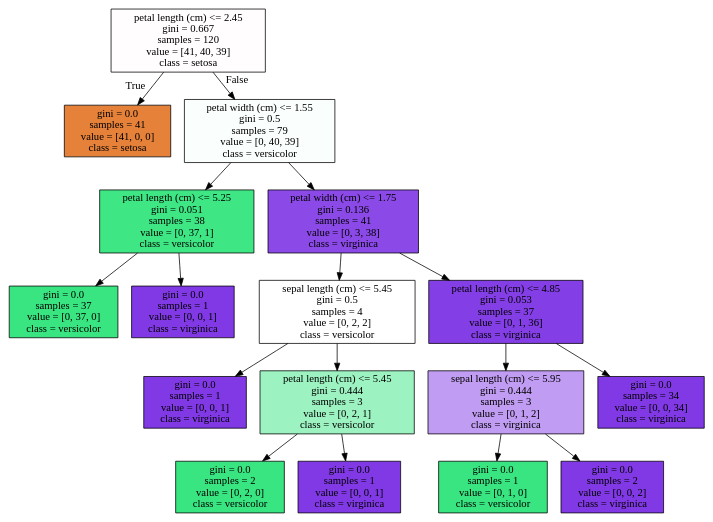
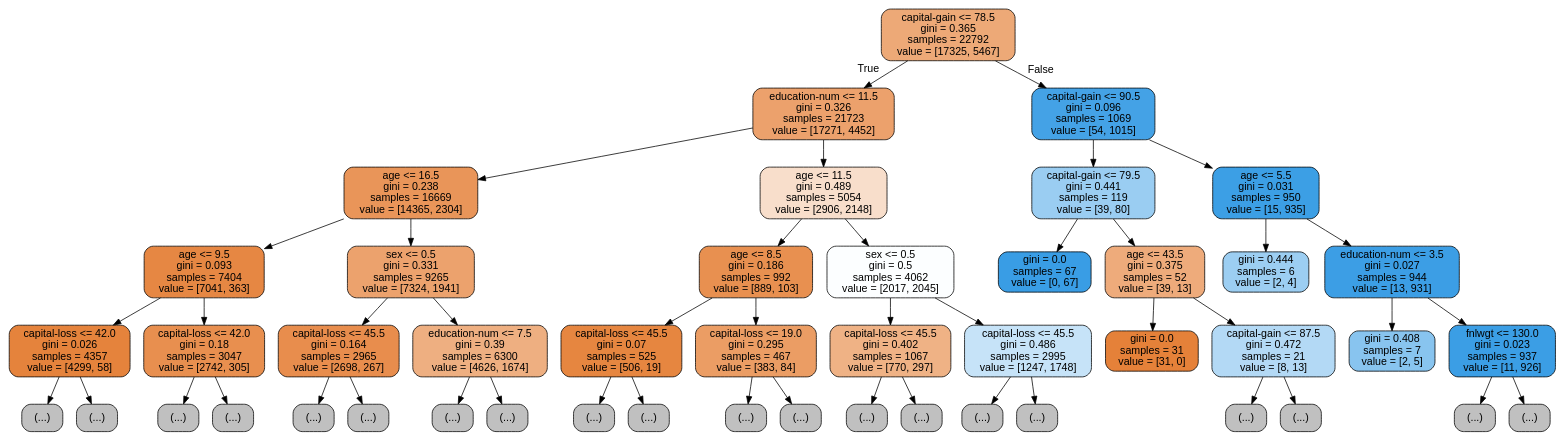
The diagram in tree.dot (jangbigom91/ML), drawn with Graphviz before and after one commit. The commit also changed 12 other files, not shown here.

```diff
--- a/tree.dot
+++ b/tree.dot
@@ -1,36 +1,97 @@
 digraph Tree {
-node [shape=box, style="filled", color="black"] ;
-0 [label="petal length (cm) <= 2.45\ngini = 0.667\nsamples = 120\nvalue = [41, 40, 39]\nclass = setosa", fillcolor="#fffdfd"] ;
-1 [label="gini = 0.0\nsamples = 41\nvalue = [41, 0, 0]\nclass = setosa", fillcolor="#e58139"] ;
+node [shape=box, style="filled, rounded", color="black", fontname=helvetica] ;
+edge [fontname=helvetica] ;
+0 [label="capital-gain <= 78.5\ngini = 0.365\nsamples = 22792\nvalue = [17325, 5467]", fillcolor="#eda977"] ;
+1 [label="education-num <= 11.5\ngini = 0.326\nsamples = 21723\nvalue = [17271, 4452]", fillcolor="#eca16c"] ;
 0 -> 1 [labeldistance=2.5, labelangle=45, headlabel="True"] ;
-2 [label="petal width (cm) <= 1.55\ngini = 0.5\nsamples = 79\nvalue = [0, 40, 39]\nclass = versicolor", fillcolor="#fafefc"] ;
-0 -> 2 [labeldistance=2.5, labelangle=-45, headlabel="False"] ;
-3 [label="petal length (cm) <= 5.25\ngini = 0.051\nsamples = 38\nvalue = [0, 37, 1]\nclass = versicolor", fillcolor="#3ee684"] ;
+2 [label="age <= 16.5\ngini = 0.238\nsamples = 16669\nvalue = [14365, 2304]", fillcolor="#e99559"] ;
+1 -> 2 ;
+3 [label="age <= 9.5\ngini = 0.093\nsamples = 7404\nvalue = [7041, 363]", fillcolor="#e68743"] ;
 2 -> 3 ;
-4 [label="gini = 0.0\nsamples = 37\nvalue = [0, 37, 0]\nclass = versicolor", fillcolor="#39e581"] ;
+4 [label="capital-loss <= 42.0\ngini = 0.026\nsamples = 4357\nvalue = [4299, 58]", fillcolor="#e5833c"] ;
 3 -> 4 ;
-5 [label="gini = 0.0\nsamples = 1\nvalue = [0, 0, 1]\nclass = virginica", fillcolor="#8139e5"] ;
-3 -> 5 ;
-6 [label="petal width (cm) <= 1.75\ngini = 0.136\nsamples = 41\nvalue = [0, 3, 38]\nclass = virginica", fillcolor="#8b49e7"] ;
-2 -> 6 ;
-7 [label="sepal length (cm) <= 5.45\ngini = 0.5\nsamples = 4\nvalue = [0, 2, 2]\nclass = versicolor", fillcolor="#ffffff"] ;
-6 -> 7 ;
-8 [label="gini = 0.0\nsamples = 1\nvalue = [0, 0, 1]\nclass = virginica", fillcolor="#8139e5"] ;
-7 -> 8 ;
-9 [label="petal length (cm) <= 5.45\ngini = 0.444\nsamples = 3\nvalue = [0, 2, 1]\nclass = versicolor", fillcolor="#9cf2c0"] ;
-7 -> 9 ;
-10 [label="gini = 0.0\nsamples = 2\nvalue = [0, 2, 0]\nclass = versicolor", fillcolor="#39e581"] ;
-9 -> 10 ;
-11 [label="gini = 0.0\nsamples = 1\nvalue = [0, 0, 1]\nclass = virginica", fillcolor="#8139e5"] ;
-9 -> 11 ;
-12 [label="petal length (cm) <= 4.85\ngini = 0.053\nsamples = 37\nvalue = [0, 1, 36]\nclass = virginica", fillcolor="#843ee6"] ;
-6 -> 12 ;
-13 [label="sepal length (cm) <= 5.95\ngini = 0.444\nsamples = 3\nvalue = [0, 1, 2]\nclass = virginica", fillcolor="#c09cf2"] ;
-12 -> 13 ;
-14 [label="gini = 0.0\nsamples = 1\nvalue = [0, 1, 0]\nclass = versicolor", fillcolor="#39e581"] ;
-13 -> 14 ;
-15 [label="gini = 0.0\nsamples = 2\nvalue = [0, 0, 2]\nclass = virginica", fillcolor="#8139e5"] ;
-13 -> 15 ;
-16 [label="gini = 0.0\nsamples = 34\nvalue = [0, 0, 34]\nclass = virginica", fillcolor="#8139e5"] ;
-12 -> 16 ;
+5 [label="(...)", fillcolor="#C0C0C0"] ;
+4 -> 5 ;
+46 [label="(...)", fillcolor="#C0C0C0"] ;
+4 -> 46 ;
+51 [label="capital-loss <= 42.0\ngini = 0.18\nsamples = 3047\nvalue = [2742, 305]", fillcolor="#e88f4f"] ;
+3 -> 51 ;
+52 [label="(...)", fillcolor="#C0C0C0"] ;
+51 -> 52 ;
+109 [label="(...)", fillcolor="#C0C0C0"] ;
+51 -> 109 ;
+122 [label="sex <= 0.5\ngini = 0.331\nsamples = 9265\nvalue = [7324, 1941]", fillcolor="#eca26d"] ;
+2 -> 122 ;
+123 [label="capital-loss <= 45.5\ngini = 0.164\nsamples = 2965\nvalue = [2698, 267]", fillcolor="#e88d4d"] ;
+122 -> 123 ;
+124 [label="(...)", fillcolor="#C0C0C0"] ;
+123 -> 124 ;
+173 [label="(...)", fillcolor="#C0C0C0"] ;
+123 -> 173 ;
+184 [label="education-num <= 7.5\ngini = 0.39\nsamples = 6300\nvalue = [4626, 1674]", fillcolor="#eeaf81"] ;
+122 -> 184 ;
+185 [label="(...)", fillcolor="#C0C0C0"] ;
+184 -> 185 ;
+216 [label="(...)", fillcolor="#C0C0C0"] ;
+184 -> 216 ;
+267 [label="age <= 11.5\ngini = 0.489\nsamples = 5054\nvalue = [2906, 2148]", fillcolor="#f8decb"] ;
+1 -> 267 ;
+268 [label="age <= 8.5\ngini = 0.186\nsamples = 992\nvalue = [889, 103]", fillcolor="#e89050"] ;
+267 -> 268 ;
+269 [label="capital-loss <= 45.5\ngini = 0.07\nsamples = 525\nvalue = [506, 19]", fillcolor="#e68640"] ;
+268 -> 269 ;
+270 [label="(...)", fillcolor="#C0C0C0"] ;
+269 -> 270 ;
+295 [label="(...)", fillcolor="#C0C0C0"] ;
+269 -> 295 ;
+296 [label="capital-loss <= 19.0\ngini = 0.295\nsamples = 467\nvalue = [383, 84]", fillcolor="#eb9d64"] ;
+268 -> 296 ;
+297 [label="(...)", fillcolor="#C0C0C0"] ;
+296 -> 297 ;
+336 [label="(...)", fillcolor="#C0C0C0"] ;
+296 -> 336 ;
+341 [label="sex <= 0.5\ngini = 0.5\nsamples = 4062\nvalue = [2017, 2045]", fillcolor="#fcfeff"] ;
+267 -> 341 ;
+342 [label="capital-loss <= 45.5\ngini = 0.402\nsamples = 1067\nvalue = [770, 297]", fillcolor="#efb285"] ;
+341 -> 342 ;
+343 [label="(...)", fillcolor="#C0C0C0"] ;
+342 -> 343 ;
+380 [label="(...)", fillcolor="#C0C0C0"] ;
+342 -> 380 ;
+387 [label="capital-loss <= 45.5\ngini = 0.486\nsamples = 2995\nvalue = [1247, 1748]", fillcolor="#c6e3f8"] ;
+341 -> 387 ;
+388 [label="(...)", fillcolor="#C0C0C0"] ;
+387 -> 388 ;
+443 [label="(...)", fillcolor="#C0C0C0"] ;
+387 -> 443 ;
+456 [label="capital-gain <= 90.5\ngini = 0.096\nsamples = 1069\nvalue = [54, 1015]", fillcolor="#44a2e6"] ;
+0 -> 456 [labeldistance=2.5, labelangle=-45, headlabel="False"] ;
+457 [label="capital-gain <= 79.5\ngini = 0.441\nsamples = 119\nvalue = [39, 80]", fillcolor="#9acdf2"] ;
+456 -> 457 ;
+458 [label="gini = 0.0\nsamples = 67\nvalue = [0, 67]", fillcolor="#399de5"] ;
+457 -> 458 ;
+459 [label="age <= 43.5\ngini = 0.375\nsamples = 52\nvalue = [39, 13]", fillcolor="#eeab7b"] ;
+457 -> 459 ;
+460 [label="gini = 0.0\nsamples = 31\nvalue = [31, 0]", fillcolor="#e58139"] ;
+459 -> 460 ;
+461 [label="capital-gain <= 87.5\ngini = 0.472\nsamples = 21\nvalue = [8, 13]", fillcolor="#b3d9f5"] ;
+459 -> 461 ;
+462 [label="(...)", fillcolor="#C0C0C0"] ;
+461 -> 462 ;
+465 [label="(...)", fillcolor="#C0C0C0"] ;
+461 -> 465 ;
+466 [label="age <= 5.5\ngini = 0.031\nsamples = 950\nvalue = [15, 935]", fillcolor="#3c9fe5"] ;
+456 -> 466 ;
+467 [label="gini = 0.444\nsamples = 6\nvalue = [2, 4]", fillcolor="#9ccef2"] ;
+466 -> 467 ;
+468 [label="education-num <= 3.5\ngini = 0.027\nsamples = 944\nvalue = [13, 931]", fillcolor="#3c9ee5"] ;
+466 -> 468 ;
+469 [label="gini = 0.408\nsamples = 7\nvalue = [2, 5]", fillcolor="#88c4ef"] ;
+468 -> 469 ;
+470 [label="fnlwgt <= 130.0\ngini = 0.023\nsamples = 937\nvalue = [11, 926]", fillcolor="#3b9ee5"] ;
+468 -> 470 ;
+471 [label="(...)", fillcolor="#C0C0C0"] ;
+470 -> 471 ;
+472 [label="(...)", fillcolor="#C0C0C0"] ;
+470 -> 472 ;
 }
```
